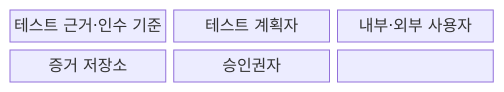
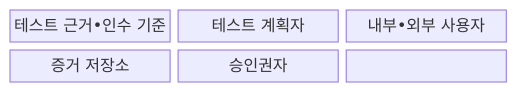
Before and after one commit to agnusdei1207/knowledge-base: the first of 2 diagrams in src/content/docs/notes/03-software/062_alpha_beta_acceptance_testing.md, drawn with Mermaid. The commit also changed other lines of this file and 953 other files, not shown here.

````diff
--- a/src/content/docs/notes/03-software/062_alpha_beta_acceptance_testing.md
+++ b/src/content/docs/notes/03-software/062_alpha_beta_acceptance_testing.md
@@ -68,10 +68,10 @@
 ```mermaid
 block
   columns 3
-  B["테스트 근거·인수 기준"]
+  B["테스트 근거•인수 기준"]
   P["테스트 계획자"]
-  U["내부·외부 사용자"]
+  U["내부•외부 사용자"]
   R["증거 저장소"]
   A["승인권자"]
   B --> P --> U --> R --> A
 ```
````
